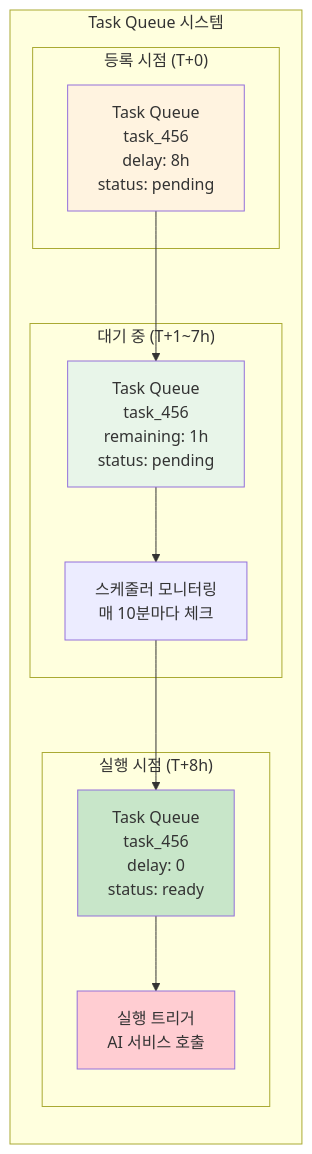
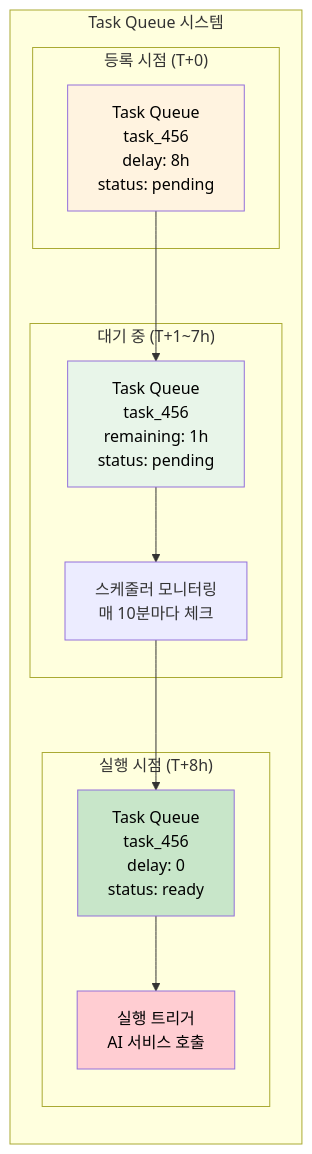
Before and after one commit to isinthesky/isinthesky: the second of 4 diagrams in study/msa-experience/4-timing.md, drawn with Mermaid. The commit also changed 4 other files, not shown here.

````diff
--- a/study/msa-experience/4-timing.md
+++ b/study/msa-experience/4-timing.md
@@ -50,28 +50,28 @@
 ```mermaid
 graph LR
     subgraph "Task Queue 시스템"
         subgraph "등록 시점 (T+0)"
             Queue1[Task Queue<br/>task_456<br/>delay: 8h<br/>status: pending]
         end
         
         subgraph "대기 중 (T+1~7h)"
             Queue2[Task Queue<br/>task_456<br/>remaining: 1h<br/>status: pending]
             Monitor[스케줄러 모니터링<br/>매 10분마다 체크]
         end
         
         subgraph "실행 시점 (T+8h)"
             Queue3[Task Queue<br/>task_456<br/>delay: 0<br/>status: ready]
             Trigger[실행 트리거<br/>AI 서비스 호출]
         end
     end
     
     Queue1 --> Queue2
     Queue2 --> Monitor
     Monitor --> Queue3
     Queue3 --> Trigger
     
-    style Queue1 fill:#fff3e0
-    style Queue2 fill:#e8f5e9
-    style Queue3 fill:#c8e6c9
-    style Trigger fill:#ffcdd2
+    style Queue1 fill:#fff3e0,color:#000
+    style Queue2 fill:#e8f5e9,color:#000
+    style Queue3 fill:#c8e6c9,color:#000
+    style Trigger fill:#ffcdd2,color:#000
 ```
````
